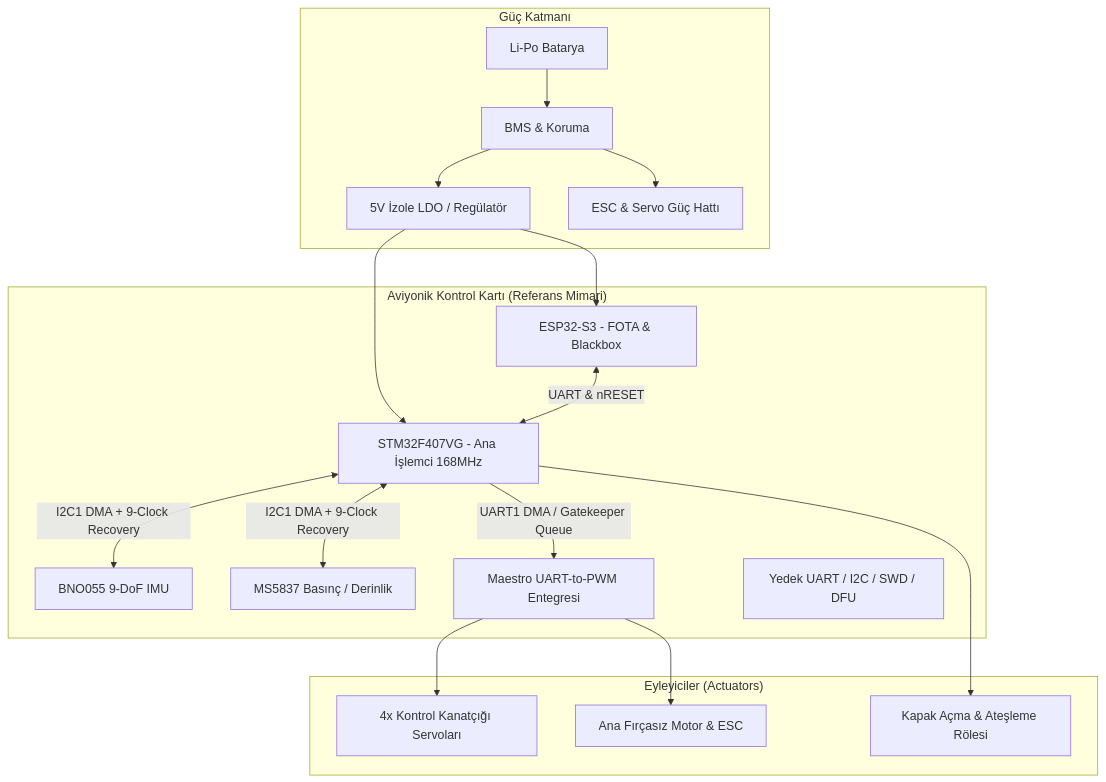
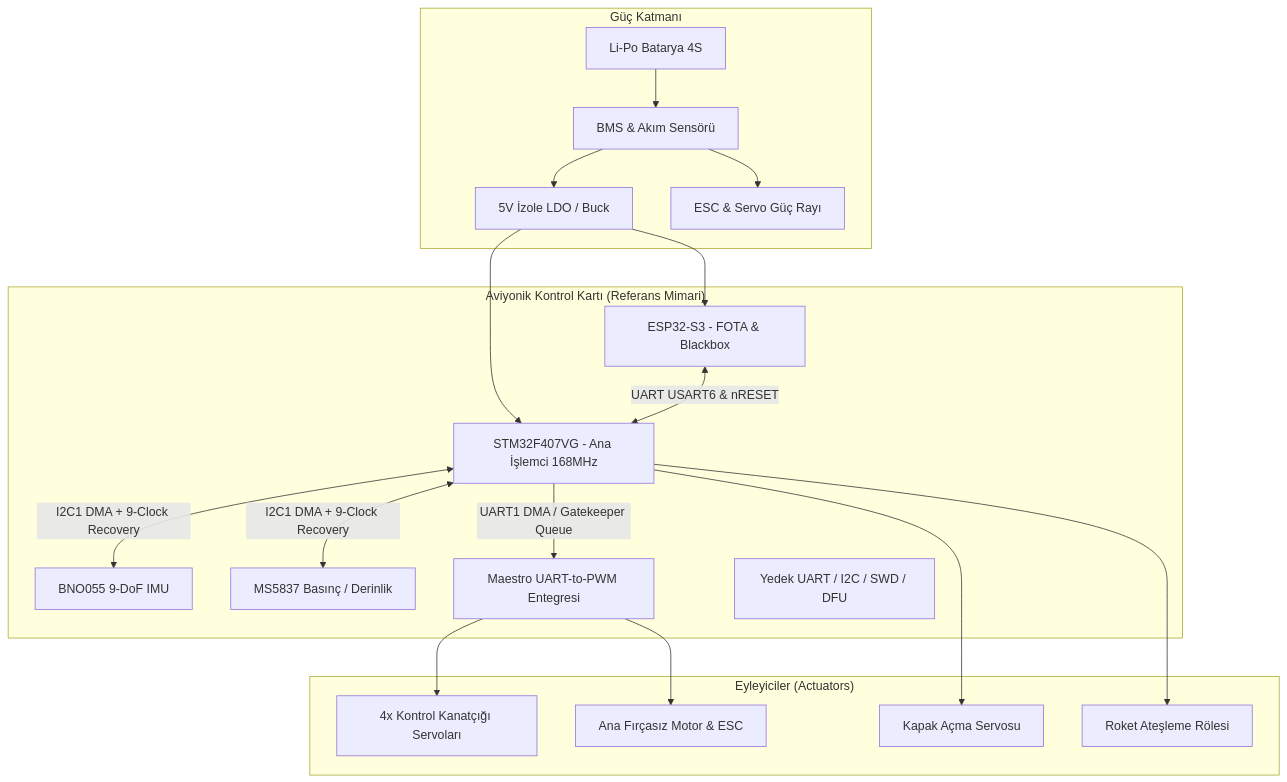
Before and after one commit to bahattinyunus/teknofest_su_alti_roket: the third of 4 diagrams in README.md, drawn with Mermaid. The commit also changed other lines of this file, not shown here.

````diff
--- a/README.md
+++ b/README.md
@@ -78,33 +246,35 @@
 ```mermaid
 graph TD
     subgraph "Güç Katmanı"
-        BATT[Li-Po Batarya] --> BMS[BMS & Koruma]
-        BMS --> REG_5V[5V İzole LDO / Regülatör]
-        BMS --> REG_PWR[ESC & Servo Güç Hattı]
+        BATT[Li-Po Batarya 4S] --> BMS[BMS & Akım Sensörü]
+        BMS --> REG_5V[5V İzole LDO / Buck]
+        BMS --> REG_PWR[ESC & Servo Güç Rayı]
     end
 
     subgraph "Aviyonik Kontrol Kartı (Referans Mimari)"
         STM32[STM32F407VG - Ana İşlemci 168MHz]
         ESP32[ESP32-S3 - FOTA & Blackbox]
         IMU[BNO055 9-DoF IMU]
         PRESS[MS5837 Basınç / Derinlik]
         MAESTRO[Maestro UART-to-PWM Entegresi]
         REDUNDANT[Yedek UART / I2C / SWD / DFU]
     end
 
     subgraph "Eyleyiciler (Actuators)"
         SERVOS[4x Kontrol Kanatçığı Servoları]
         BLDC[Ana Fırçasız Motor & ESC]
-        HATCH[Kapak Açma & Ateşleme Rölesi]
+        HATCH[Kapak Açma Servosu]
+        IGNITER[Roket Ateşleme Rölesi]
     end
 
     REG_5V --> STM32
     REG_5V --> ESP32
-    ESP32 <-->|UART & nRESET| STM32
+    ESP32 <-->|UART USART6 & nRESET| STM32
     STM32 <-->|I2C1 DMA + 9-Clock Recovery| IMU
     STM32 <-->|I2C1 DMA + 9-Clock Recovery| PRESS
     STM32 -->|UART1 DMA / Gatekeeper Queue| MAESTRO
     MAESTRO --> SERVOS
     MAESTRO --> BLDC
     STM32 --> HATCH
+    STM32 --> IGNITER
 ```
````
